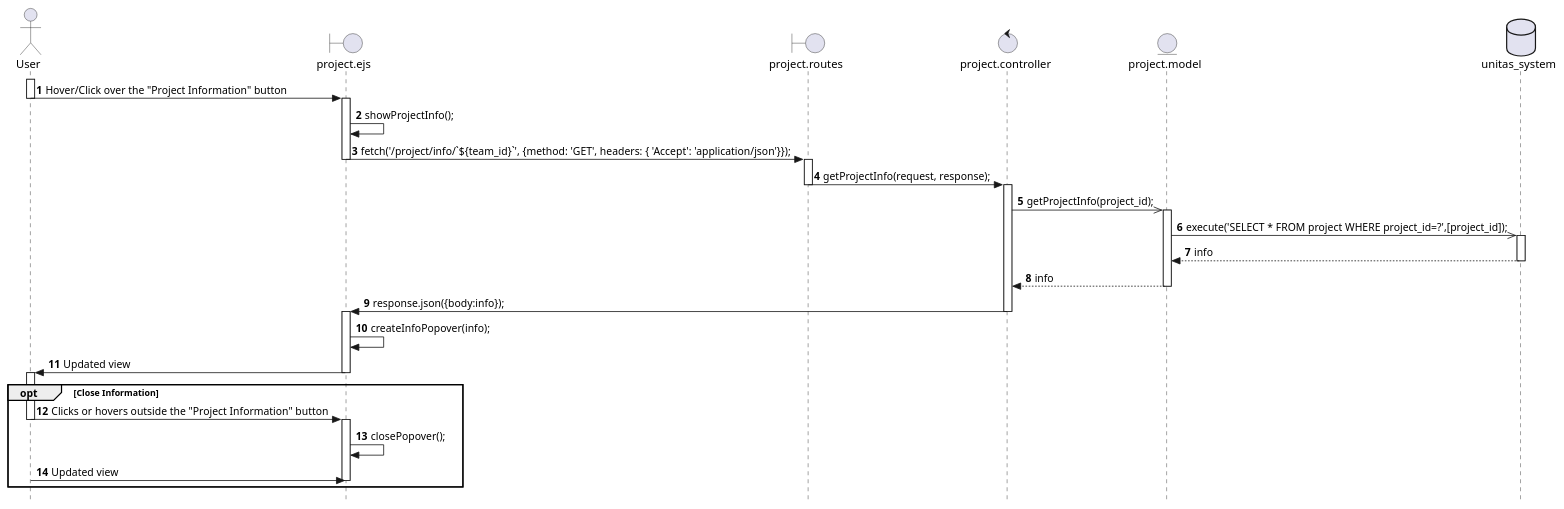
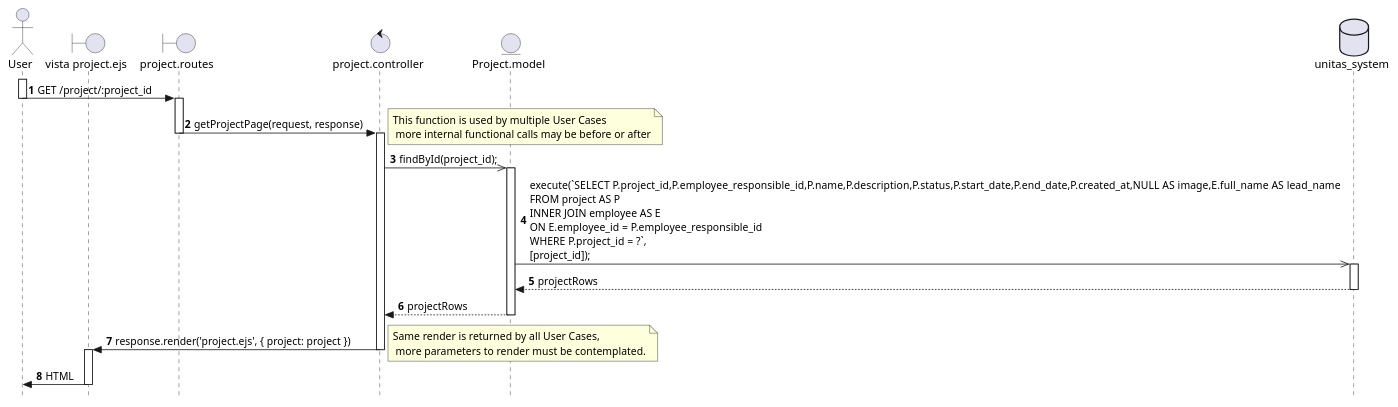
One commit to Berthou05/LimboSoftwareDevelopment_Change.org changed the diagram in documentation/sequence_diagrams/PROJ-04-SD.puml. Above: the diagram before and after it, drawn with PlantUML. The commit also changed 1 other file, not shown here.

Commit message:
[DOCS]: Update of Sequence Diagram PROJ-04, TEAM-04

```diff
--- a/documentation/sequence_diagrams/PROJ-04-SD.puml
+++ b/documentation/sequence_diagrams/PROJ-04-SD.puml
@@ -1,50 +1,35 @@
 @startuml
 skinparam style strictuml
 
 actor User as U
-boundary "project.ejs" as V
+boundary "vista project.ejs" as V
 boundary "project.routes" as RO
 control "project.controller" as C
-entity "project.model" as T
+entity "Project.model" as ET
 database "unitas_system" as BD
-
 autonumber
 
 activate U
-U->V: Hover/Click over the "Project Information" button
+U->RO: GET /project/:project_id
 deactivate U
+    activate RO
+    RO -> C: getProjectPage(request, response)
+    deactivate RO
+        activate C
+        note right: This function is used by multiple User Cases\n more internal functional calls may be before or after
+        C->>ET: findById(project_id);
+            activate ET
+            ET->>BD: execute(`SELECT P.project_id,P.employee_responsible_id,P.name,P.description,P.status,P.start_date,P.end_date,P.created_at,NULL AS image,E.full_name AS lead_name\nFROM project AS P\nINNER JOIN employee AS E\nON E.employee_id = P.employee_responsible_id\nWHERE P.project_id = ?`,\n[project_id]);
+                activate BD
+                BD-->ET: projectRows
+                deactivate BD
+            ET-->C: projectRows
+            deactivate ET
+        C->V: response.render('project.ejs', { project: project })
+        note right: Same render is returned by all User Cases, \n more parameters to render must be contemplated.
+        deactivate C
     activate V
-    V->V: showProjectInfo();
-    V->RO: fetch('/project/info/`${team_id}`', {method: 'GET', headers: { 'Accept': 'application/json'}});
-    deactivate V
-        activate RO
-        RO->C:getProjectInfo(request, response);
-        deactivate RO
-            activate C
-            C->>T: getProjectInfo(project_id);
-                activate T
-                T->>BD: execute('SELECT * FROM project WHERE project_id=?',[project_id]);
-                    activate BD
-                    BD-->T:info
-                    deactivate BD
-                T-->C:info
-                deactivate T
-            C->V: response.json({body:info});
-            deactivate C
-    activate V
-    V->V: createInfoPopover(info);
-    V->U: Updated view
+    V->U: HTML
     deactivate V
 
-activate U
-opt Close Information
-U->V: Clicks or hovers outside the "Project Information" button
-deactivate U
-    activate V
-    V->V: closePopover();
-    U->V: Updated view
-    deactivate V
-end
-    
-
 @enduml
```
